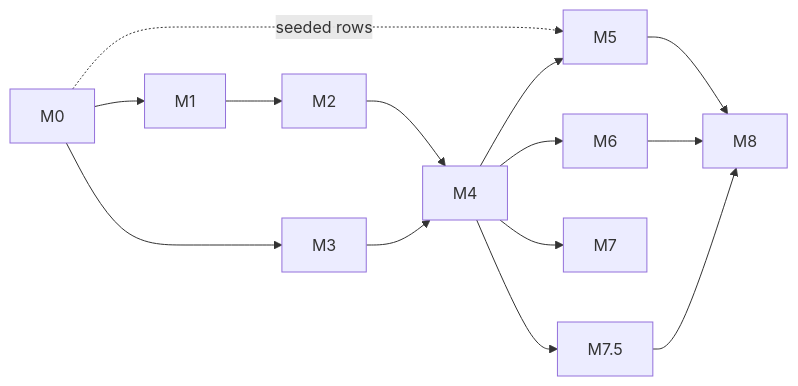
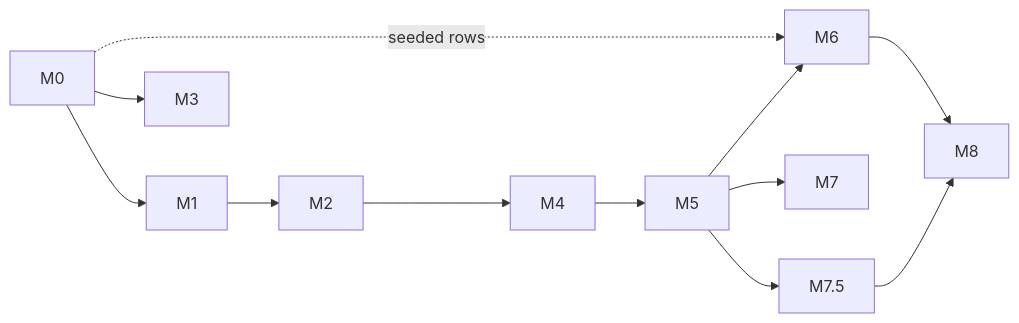
Before and after one commit to gustavowkayser/chessbox-informant: the diagram in docs/milestones.md, drawn with Mermaid. The commit also changed other lines of this file and 4 other files, not shown here.

````diff
--- a/docs/milestones.md
+++ b/docs/milestones.md
@@ -5,13 +5,11 @@
 ```mermaid
 flowchart LR
-    M0 --> M1 --> M2 --> M4
-    M0 --> M3 --> M4
-    M0 -. seeded rows .-> M5
-    M4 --> M5
-    M4 --> M6
-    M4 --> M7
-    M4 --> M7_5[M7.5]
-    M5 --> M8
+    M0 --> M1 --> M2 --> M4 --> M5
+    M0 --> M3
+    M0 -. seeded rows .-> M6
+    M5 --> M6
+    M5 --> M7
+    M5 --> M7_5[M7.5]
     M6 --> M8
     M7_5 --> M8
 ```
````
